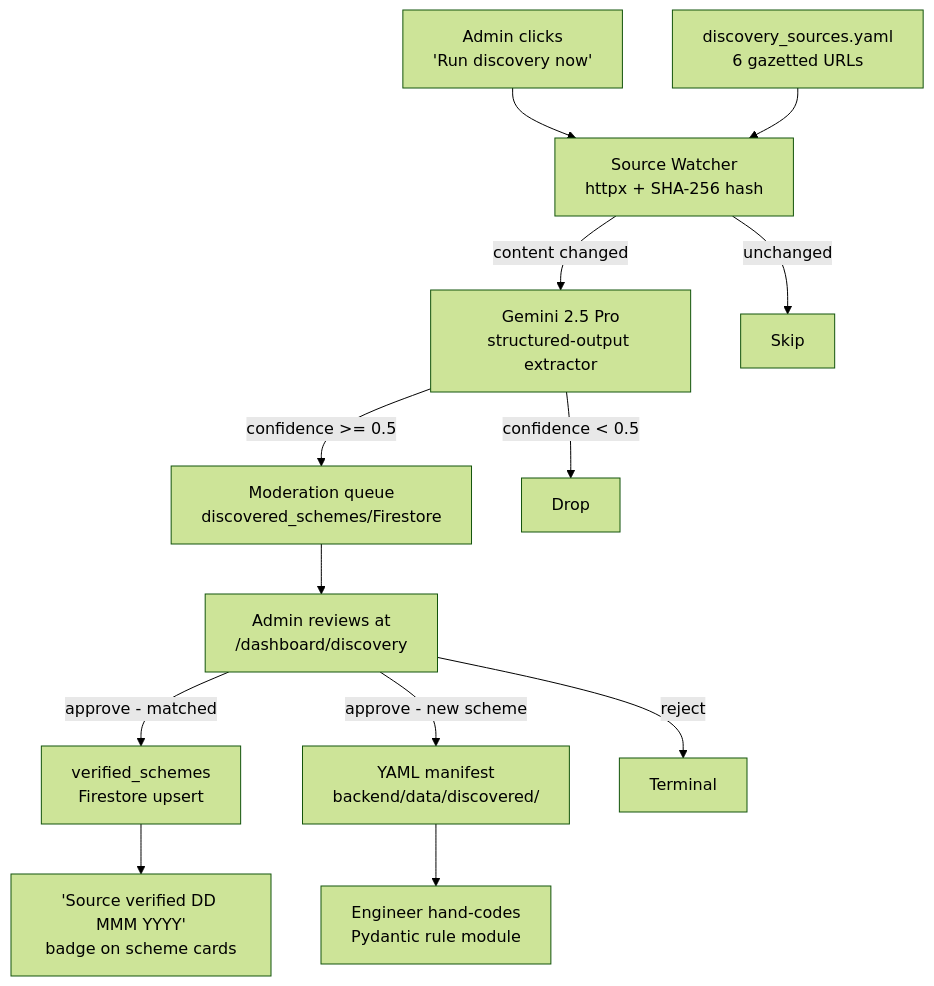
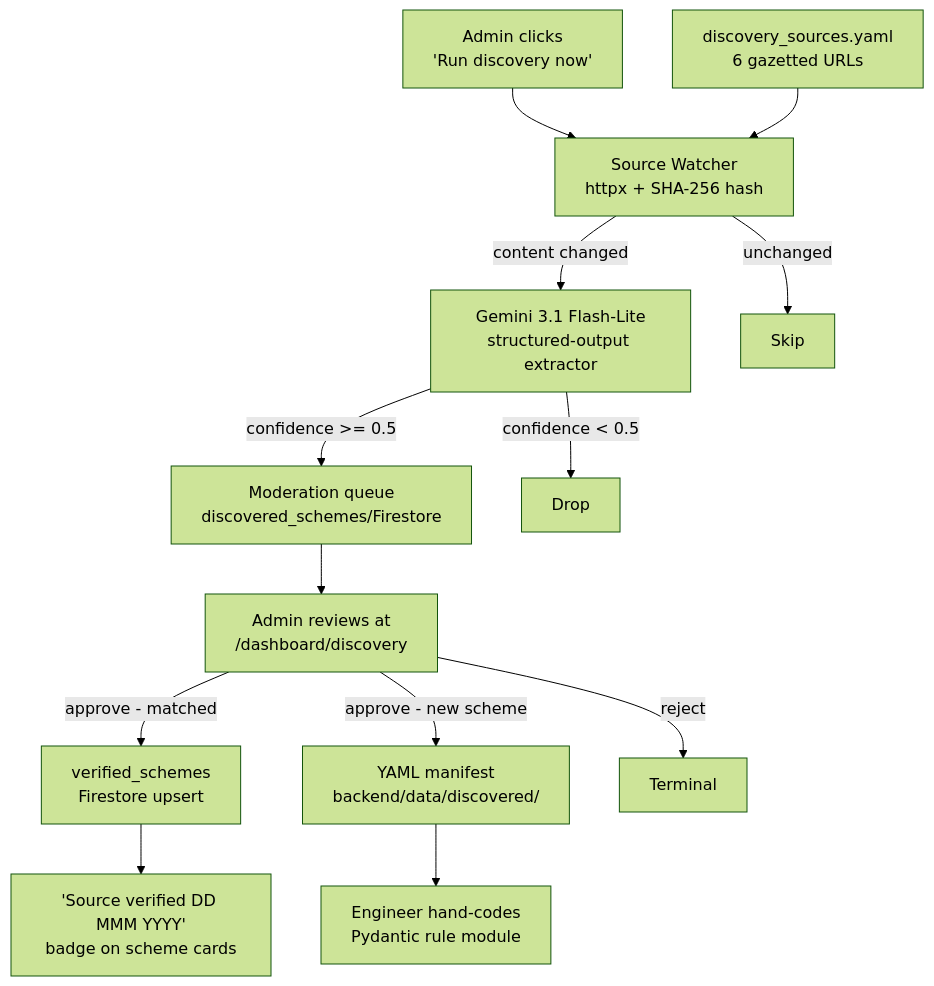
One commit to AlaskanTuna/Layak changed the fifth of 8 diagrams in README.md. Above: the diagram before and after it, drawn with Mermaid (forest theme). The commit also changed other lines of this file, not shown here.

Commit message:
docs: rewrite README and CLAUDE.md for free-tier stack (Gemini API key, local RAG, Vercel+Render)

````diff
--- a/README.md
+++ b/README.md
@@ -234,15 +234,15 @@
 ```mermaid
 flowchart TD
     Trigger["Admin clicks<br/>'Run discovery now'"] --> Watcher[Source Watcher<br/>httpx + SHA-256 hash]
     Allowlist["discovery_sources.yaml<br/>6 gazetted URLs"] --> Watcher
-    Watcher -->|content changed| Extractor[Gemini 2.5 Pro<br/>structured-output extractor]
+    Watcher -->|content changed| Extractor[Gemini 3.1 Flash-Lite<br/>structured-output extractor]
     Watcher -->|unchanged| Skip[Skip]
     Extractor -->|confidence >= 0.5| Queue[Moderation queue<br/>discovered_schemes/Firestore]
     Extractor -->|confidence < 0.5| Drop[Drop]
     Queue --> Review["Admin reviews at<br/>/dashboard/discovery"]
     Review -->|approve - matched| Verified[verified_schemes<br/>Firestore upsert]
     Review -->|approve - new scheme| Manifest[YAML manifest<br/>backend/data/discovered/]
     Review -->|reject| Terminal[Terminal]
     Verified --> Badge["'Source verified DD MMM YYYY'<br/>badge on scheme cards"]
     Manifest --> Engineer[Engineer hand-codes<br/>Pydantic rule module]
 ```
````
